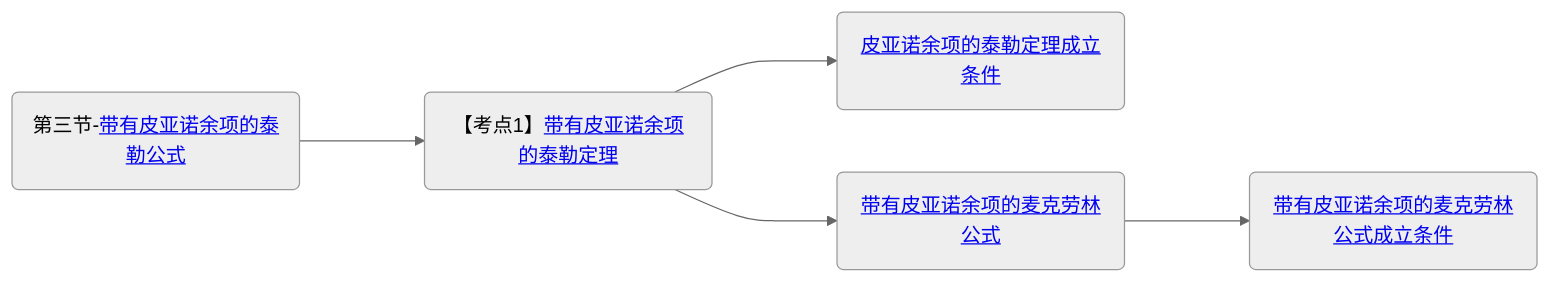
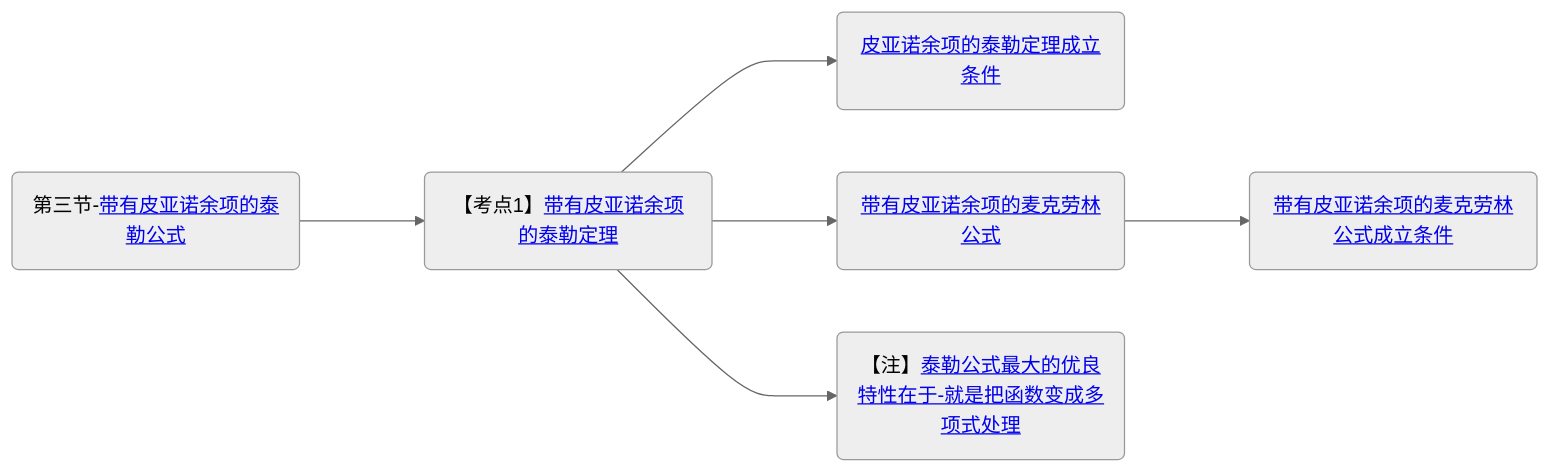
One commit to yuebinghui/note changed the third of 3 diagrams in 笔记/数学/周洋鑫/基础班/00.大纲.md. Above: the diagram before and after it, drawn with Mermaid (neutral theme). The commit also changed 4 other files, not shown here.

````diff
--- a/笔记/数学/周洋鑫/基础班/00.大纲.md
+++ b/笔记/数学/周洋鑫/基础班/00.大纲.md
@@ -88,12 +88,13 @@
 ```mermaid
 graph LR
 
 带有皮亚诺余项的泰勒公式(第三节-<a href="/Users/yuebinghui/Documents/program/github/note/笔记/数学/周洋鑫/基础班/03.泰勒公式-洛必达法则.md#带有皮亚诺余项的泰勒公式">带有皮亚诺余项的泰勒公式</>)
 
 带有皮亚诺余项的泰勒公式--->带有皮亚诺余项的泰勒定理(【考点1】<a href="/Users/yuebinghui/Documents/program/github/note/笔记/数学/周洋鑫/基础班/03.泰勒公式-洛必达法则.md#带有皮亚诺余项的泰勒定理">带有皮亚诺余项的泰勒定理</>)
 带有皮亚诺余项的泰勒定理--->皮亚诺余项的泰勒定理成立条件(<a href="/Users/yuebinghui/Documents/program/github/note/笔记/数学/周洋鑫/基础班/03.泰勒公式-洛必达法则.md#皮亚诺余项的泰勒定理成立条件">皮亚诺余项的泰勒定理成立条件</>)
 带有皮亚诺余项的泰勒定理--->带有皮亚诺余项的麦克劳林公式(<a href="/Users/yuebinghui/Documents/program/github/note/笔记/数学/周洋鑫/基础班/03.泰勒公式-洛必达法则.md#带有皮亚诺余项的麦克劳林公式">带有皮亚诺余项的麦克劳林公式</>)
 带有皮亚诺余项的麦克劳林公式--->带有皮亚诺余项的麦克劳林公式成立条件(<a href="/Users/yuebinghui/Documents/program/github/note/笔记/数学/周洋鑫/基础班/03.泰勒公式-洛必达法则.md#带有皮亚诺余项的麦克劳林公式成立条件">带有皮亚诺余项的麦克劳林公式成立条件</>)
+带有皮亚诺余项的泰勒定理--->泰勒公式最大的优良特性在于-就是把函数变成多项式处理(【注】<a href="/Users/yuebinghui/Documents/program/github/note/笔记/数学/周洋鑫/基础班/03.泰勒公式-洛必达法则.md#泰勒公式最大的优良特性在于-就是把函数变成多项式处理">泰勒公式最大的优良特性在于-就是把函数变成多项式处理</>)
 
 
 ```
````
